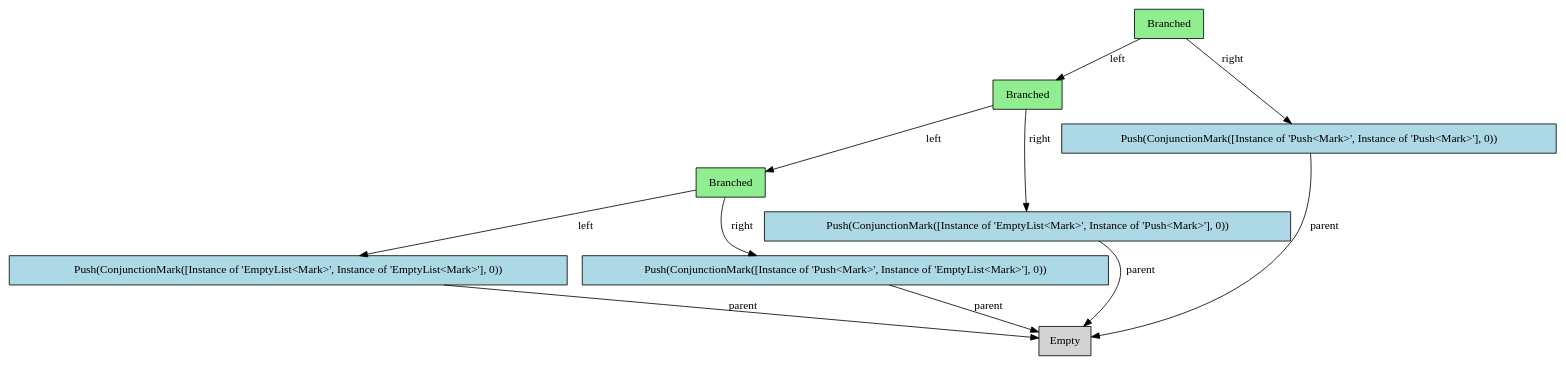
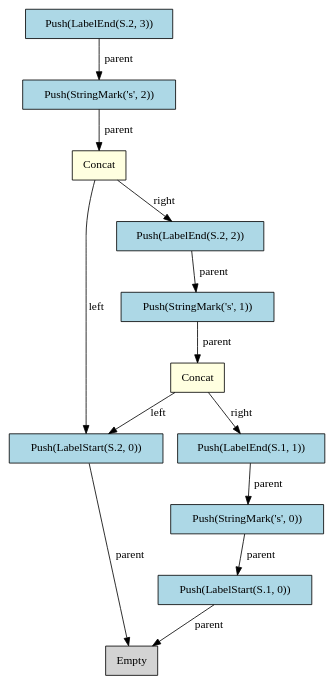
The diagram in another.dot (water-mizuu/glush_dart), drawn with Graphviz before and after one commit. The commit also changed 12 other files, not shown here.

First line of the commit message:
Refactor StructuredEvaluator to simplify ConjunctionMark handling

```diff
--- a/another.dot
+++ b/another.dot
@@ -1,22 +1,27 @@
 digraph GlushList {
   node [shape=box, style=rounded];
   rankdir=TB;
-  node_0 [label="Branched", style="filled", fillcolor="lightgreen"];
-  node_0 -> node_1 [label="left"];
-  node_1 [label="Branched", style="filled", fillcolor="lightgreen"];
-  node_1 -> node_2 [label="left"];
-  node_2 [label="Branched", style="filled", fillcolor="lightgreen"];
+  node_0 [label="Push(LabelEnd(S.2, 3))", style="filled", fillcolor="lightblue"];
+  node_0 -> node_1 [label="parent"];
+  node_1 [label="Push(StringMark('s', 2))", style="filled", fillcolor="lightblue"];
+  node_1 -> node_2 [label="parent"];
+  node_2 [label="Concat", style="filled", fillcolor="lightyellow"];
   node_2 -> node_3 [label="left"];
-  node_3 [label="Push(ConjunctionMark([Instance of 'EmptyList<Mark>', Instance of 'EmptyList<Mark>'], 0))", style="filled", fillcolor="lightblue"];
-  node_3 -> node_4 [label="parent"];
-  node_4 [label="Empty", style="filled", fillcolor="lightgray"];
-  node_2 -> node_5 [label="right"];
-  node_5 [label="Push(ConjunctionMark([Instance of 'Push<Mark>', Instance of 'EmptyList<Mark>'], 0))", style="filled", fillcolor="lightblue"];
-  node_5 -> node_4 [label="parent"];
-  node_1 -> node_6 [label="right"];
-  node_6 [label="Push(ConjunctionMark([Instance of 'EmptyList<Mark>', Instance of 'Push<Mark>'], 0))", style="filled", fillcolor="lightblue"];
-  node_6 -> node_4 [label="parent"];
-  node_0 -> node_7 [label="right"];
-  node_7 [label="Push(ConjunctionMark([Instance of 'Push<Mark>', Instance of 'Push<Mark>'], 0))", style="filled", fillcolor="lightblue"];
-  node_7 -> node_4 [label="parent"];
+  node_2 -> node_4 [label="right"];
+  node_3 [label="Push(LabelStart(S.2, 0))", style="filled", fillcolor="lightblue"];
+  node_3 -> node_5 [label="parent"];
+  node_5 [label="Empty", style="filled", fillcolor="lightgray"];
+  node_4 [label="Push(LabelEnd(S.2, 2))", style="filled", fillcolor="lightblue"];
+  node_4 -> node_6 [label="parent"];
+  node_6 [label="Push(StringMark('s', 1))", style="filled", fillcolor="lightblue"];
+  node_6 -> node_7 [label="parent"];
+  node_7 [label="Concat", style="filled", fillcolor="lightyellow"];
+  node_7 -> node_3 [label="left"];
+  node_7 -> node_8 [label="right"];
+  node_8 [label="Push(LabelEnd(S.1, 1))", style="filled", fillcolor="lightblue"];
+  node_8 -> node_9 [label="parent"];
+  node_9 [label="Push(StringMark('s', 0))", style="filled", fillcolor="lightblue"];
+  node_9 -> node_10 [label="parent"];
+  node_10 [label="Push(LabelStart(S.1, 0))", style="filled", fillcolor="lightblue"];
+  node_10 -> node_5 [label="parent"];
 }
```
